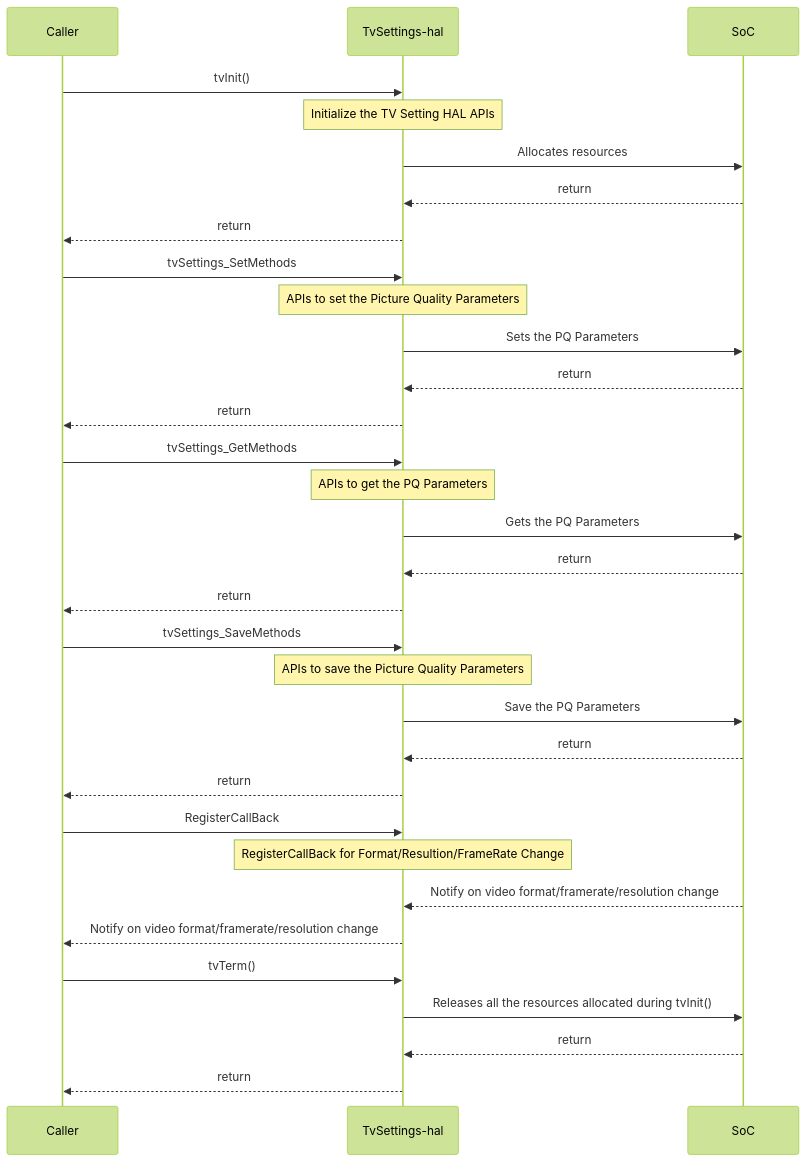
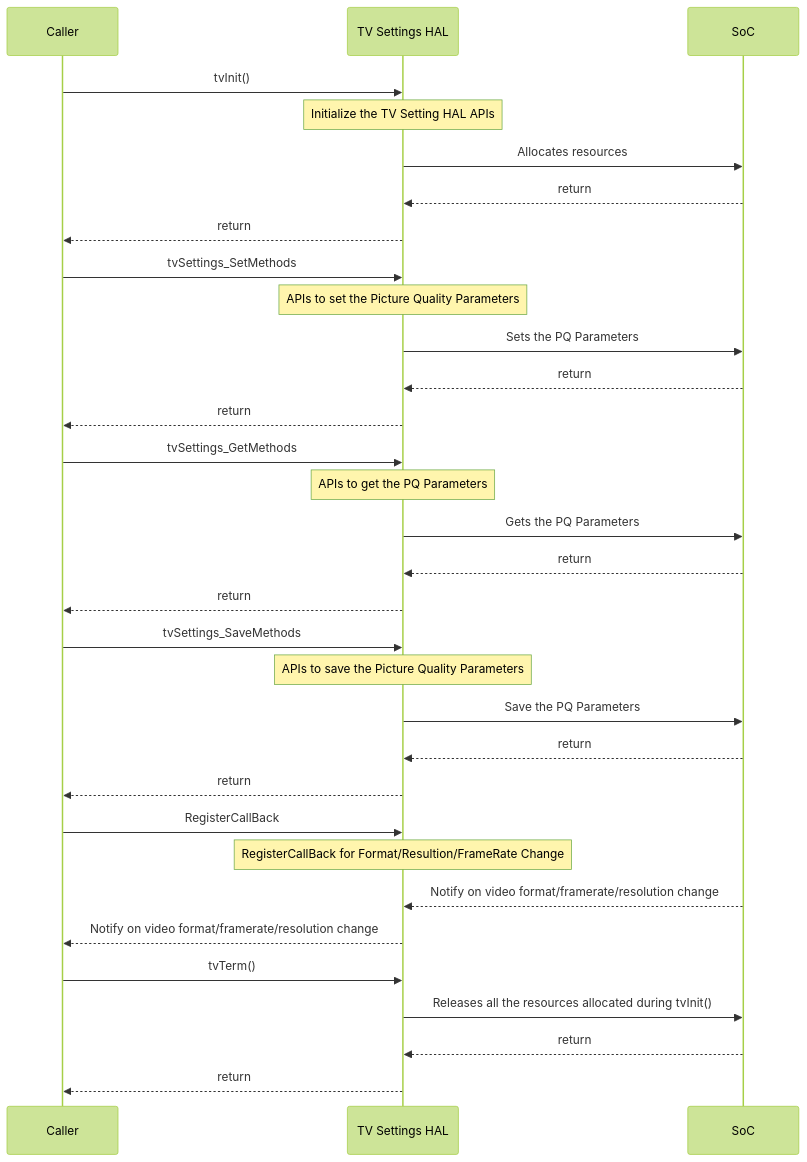
The second of 3 diagrams in docs/pages/tv-settings_halSpec.md (rdkcentral/rdkv-halif-tvsettings), drawn with Mermaid (forest theme) before and after one commit. The commit also changed other lines of this file and 1 other file, not shown here.

````diff
--- a/docs/pages/tv-settings_halSpec.md
+++ b/docs/pages/tv-settings_halSpec.md
@@ -175,34 +175,34 @@
 ```mermaid
 sequenceDiagram
 participant Caller as Caller
-    participant HAL as TvSettings-hal
+    participant HAL as TV Settings HAL
     participant Driver as SoC
     Caller->>HAL:tvInit()
     Note over HAL: Initialize the TV Setting HAL APIs
     HAL->>Driver: Allocates resources
     Driver-->>HAL:return
     HAL-->>Caller:return
     Caller->>HAL: tvSettings_SetMethods
     Note over HAL: APIs to set the Picture Quality Parameters
     HAL->>Driver:Sets the PQ Parameters
     Driver-->>HAL:return
     HAL-->>Caller:return
     Caller->>HAL: tvSettings_GetMethods
     Note over HAL: APIs to get the PQ Parameters
     HAL->>Driver:Gets the PQ Parameters
     Driver-->>HAL:return
     HAL-->>Caller:return
     Caller->>HAL: tvSettings_SaveMethods
     Note over HAL: APIs to save the Picture Quality Parameters
     HAL->>Driver:Save the PQ Parameters
     Driver-->>HAL:return
     HAL-->>Caller:return
     Caller->>HAL: RegisterCallBack
     Note over HAL:RegisterCallBack for Format/Resultion/FrameRate Change
     Driver-->>HAL:Notify on video format/framerate/resolution change
     HAL-->>Caller:Notify on video format/framerate/resolution change
     Caller ->>HAL:tvTerm()
     HAL ->> Driver: Releases all the resources allocated during tvInit()
     Driver-->>HAL:return
     HAL-->>Caller:return
 ```
````
